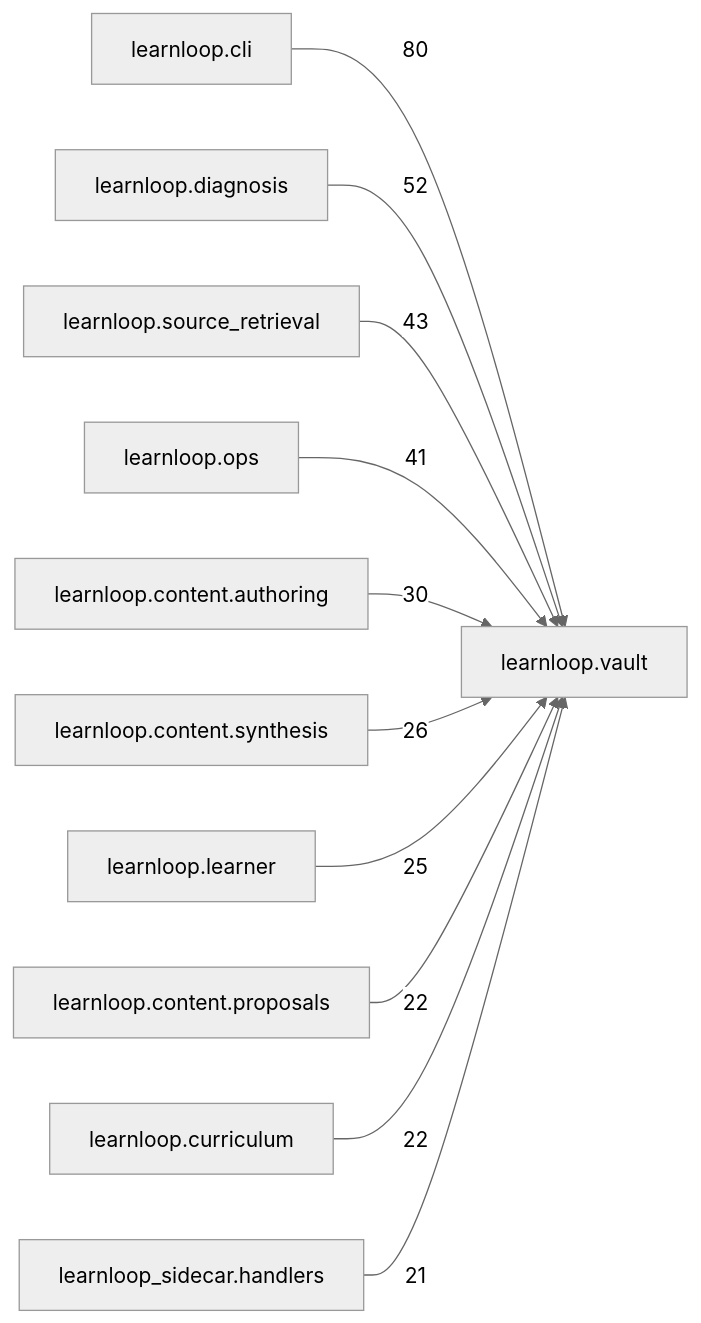
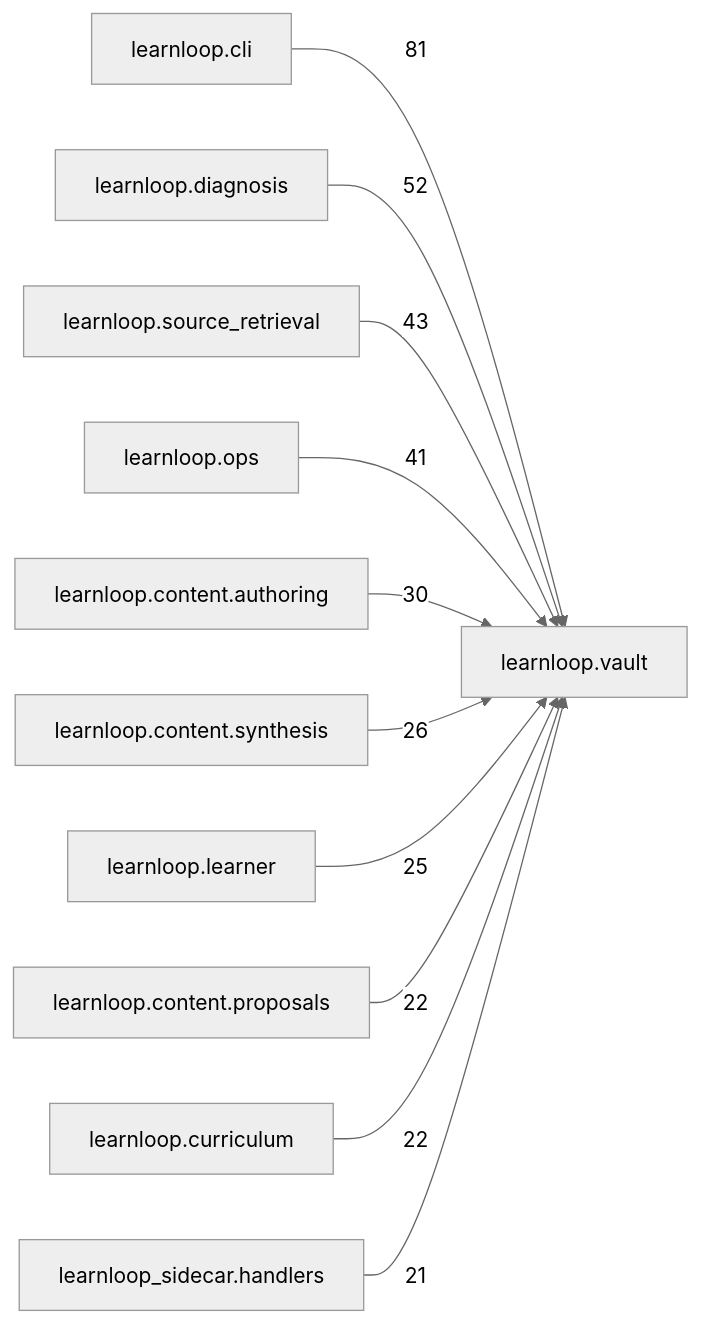
One commit to 6up-b/learnanything changed the diagram in docs/learnloop-architecture-vault/Reference/Modules/learnloop/vault/_package.md. Above: the diagram before and after it, drawn with Mermaid (neutral theme). The commit also changed other lines of this file and 41 other files, not shown here.

````diff
--- a/docs/learnloop-architecture-vault/Reference/Modules/learnloop/vault/_package.md
+++ b/docs/learnloop-architecture-vault/Reference/Modules/learnloop/vault/_package.md
@@ -137,24 +137,24 @@
 ```mermaid
 flowchart LR
     center["learnloop.vault"]
     n_learnloop_cli["learnloop.cli"]
     n_learnloop_diagnosis["learnloop.diagnosis"]
     n_learnloop_source_retrieval["learnloop.source_retrieval"]
     n_learnloop_ops["learnloop.ops"]
     n_learnloop_content_authoring["learnloop.content.authoring"]
     n_learnloop_content_synthesis["learnloop.content.synthesis"]
     n_learnloop_learner["learnloop.learner"]
     n_learnloop_content_proposals["learnloop.content.proposals"]
     n_learnloop_curriculum["learnloop.curriculum"]
     n_learnloop_sidecar_handlers["learnloop_sidecar.handlers"]
-    n_learnloop_cli -->|80| center
+    n_learnloop_cli -->|81| center
     n_learnloop_diagnosis -->|52| center
     n_learnloop_source_retrieval -->|43| center
     n_learnloop_ops -->|41| center
     n_learnloop_content_authoring -->|30| center
     n_learnloop_content_synthesis -->|26| center
     n_learnloop_learner -->|25| center
     n_learnloop_content_proposals -->|22| center
     n_learnloop_curriculum -->|22| center
     n_learnloop_sidecar_handlers -->|21| center
 ```
````
